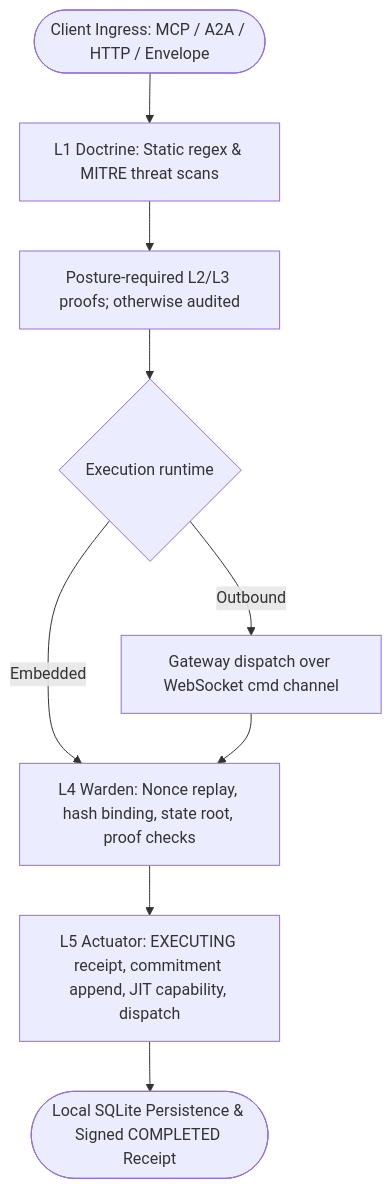
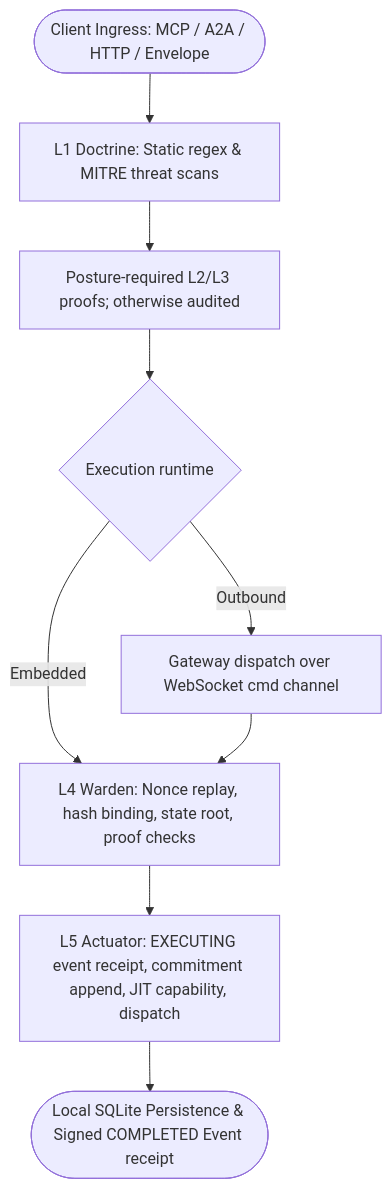
The first of 2 diagrams in docs/architecture/governance.md (zerotrustdata/ztd), drawn with Mermaid before and after one commit. The commit also changed other lines of this file and 572 other files, not shown here.

````diff
--- a/docs/architecture/governance.md
+++ b/docs/architecture/governance.md
@@ -169,11 +169,11 @@
 ```mermaid
 flowchart TD
     Ingress([Client Ingress: MCP / A2A / HTTP / Envelope]) --> L1[L1 Doctrine: Static regex & MITRE threat scans]
     L1 --> Proofs[Posture-required L2/L3 proofs; otherwise audited]
     Proofs --> Runtime{Execution runtime}
     Runtime -->|Embedded| L4[L4 Warden: Nonce replay, hash binding, state root, proof checks]
     Runtime -->|Outbound| Dispatch[Gateway dispatch over WebSocket cmd channel]
     Dispatch --> L4
-    L4 --> L5[L5 Actuator: EXECUTING receipt, commitment append, JIT capability, dispatch]
-    L5 --> Finish([Local SQLite Persistence & Signed COMPLETED Receipt])
+    L4 --> L5[L5 Actuator: EXECUTING event receipt, commitment append, JIT capability, dispatch]
+    L5 --> Finish([Local SQLite Persistence & Signed COMPLETED Event receipt])
 ```
````
